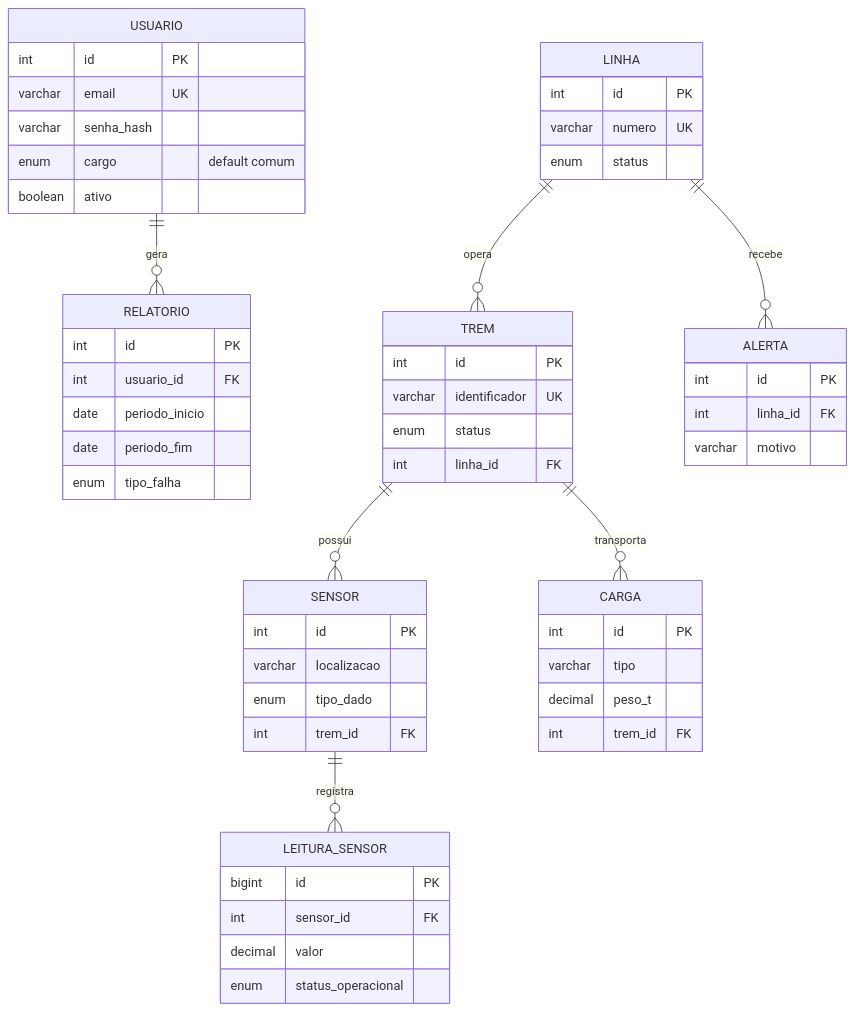
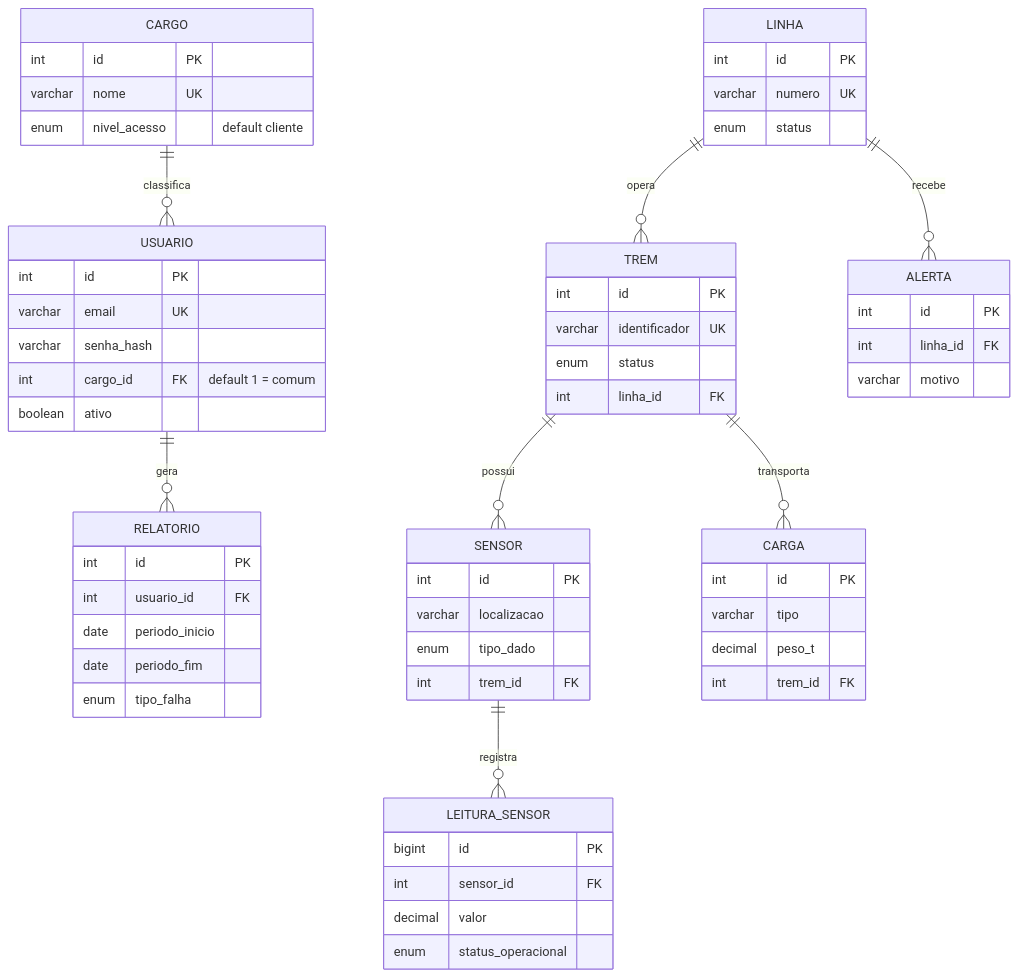
The first of 7 diagrams in docs/PLANO_IMPLEMENTACAO.md (rafawzc/ferrovia_santa_cruz), drawn with Mermaid before and after one commit. The commit also changed other lines of this file and 4 other files, not shown here.

First line of the commit message:
refactor(db): normaliza cargo de ENUM para tabela dedicada

````diff
--- a/docs/PLANO_IMPLEMENTACAO.md
+++ b/docs/PLANO_IMPLEMENTACAO.md
@@ -106,58 +106,64 @@
 ```mermaid
 erDiagram
+    CARGO     ||--o{ USUARIO        : classifica
     USUARIO   ||--o{ RELATORIO      : gera
     LINHA     ||--o{ TREM           : "opera"
     LINHA     ||--o{ ALERTA         : recebe
     TREM      ||--o{ SENSOR         : possui
     TREM      ||--o{ CARGA          : transporta
     SENSOR    ||--o{ LEITURA_SENSOR : registra
 
+    CARGO {
+        int id PK
+        varchar nome UK
+        enum nivel_acesso "default cliente"
+    }
     USUARIO {
         int id PK
         varchar email UK
         varchar senha_hash
-        enum cargo "default comum"
+        int cargo_id FK "default 1 = comum"
         boolean ativo
     }
     LINHA {
         int id PK
         varchar numero UK
         enum status
     }
     TREM {
         int id PK
         varchar identificador UK
         enum status
         int linha_id FK
     }
     SENSOR {
         int id PK
         varchar localizacao
         enum tipo_dado
         int trem_id FK
     }
     LEITURA_SENSOR {
         bigint id PK
         int sensor_id FK
         decimal valor
         enum status_operacional
     }
     CARGA {
         int id PK
         varchar tipo
         decimal peso_t
         int trem_id FK
     }
     ALERTA {
         int id PK
         int linha_id FK
         varchar motivo
     }
     RELATORIO {
         int id PK
         int usuario_id FK
         date periodo_inicio
         date periodo_fim
         enum tipo_falha
     }
 ```
````
